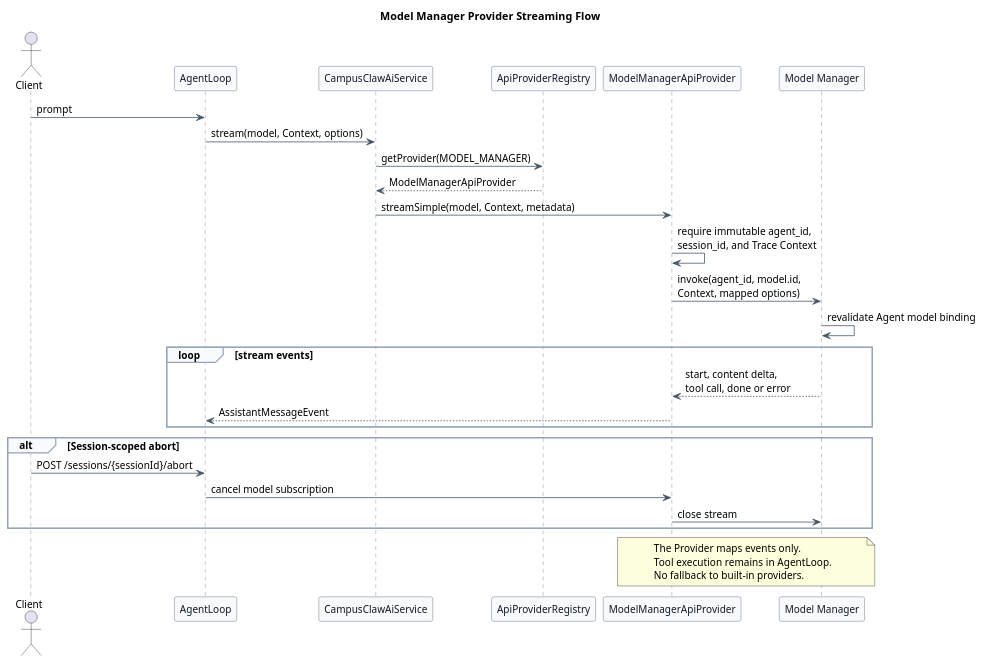
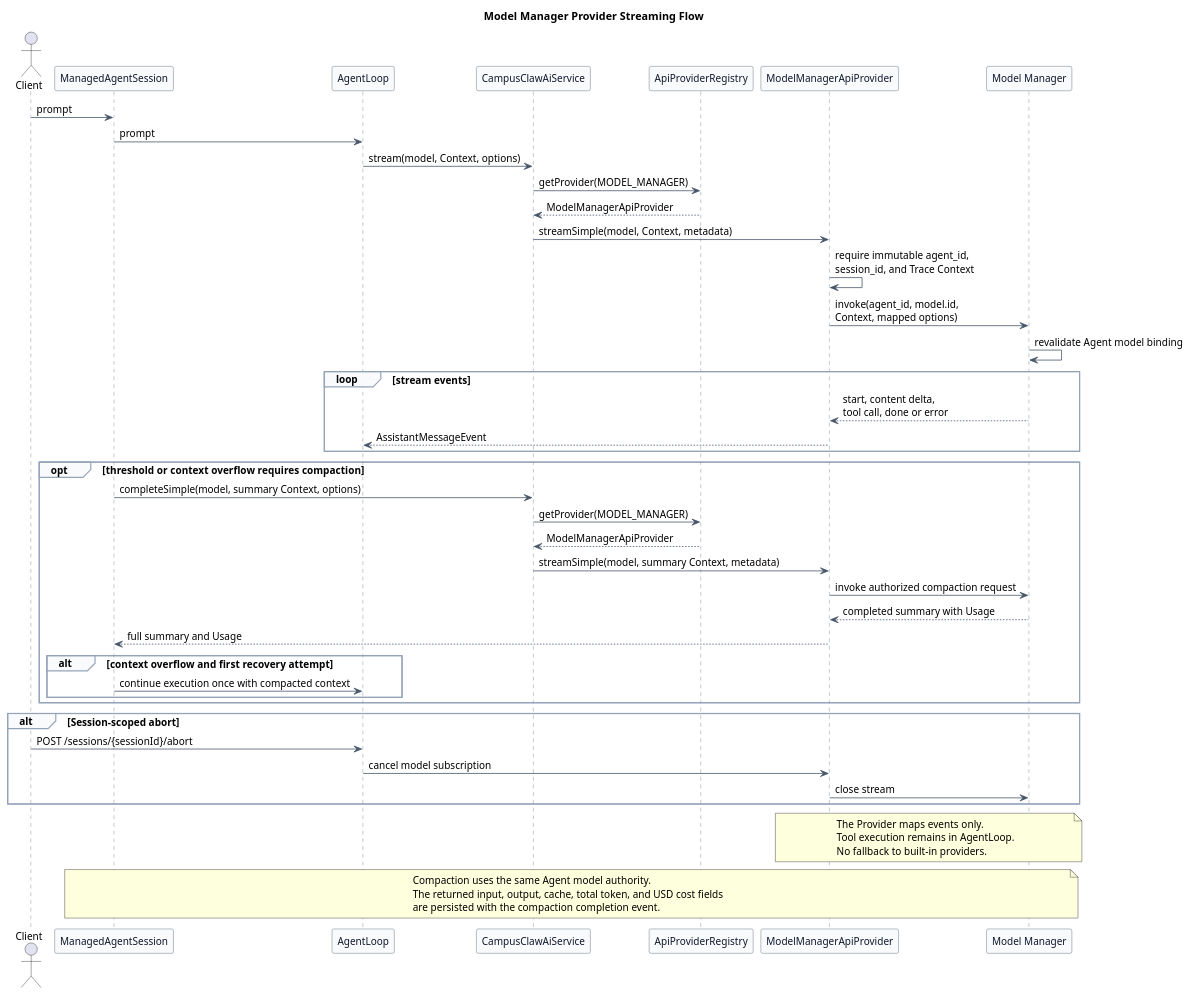
The diagram in pi-mono-java-manager-driven-multi-agent-runtime/diagrams/model-manager/diagram.puml (ssm0808/pi-mono-java-design), drawn with PlantUML before and after one commit. The commit also changed 36 other files, not shown here.

```diff
--- a/pi-mono-java-manager-driven-multi-agent-runtime/diagrams/model-manager/diagram.puml
+++ b/pi-mono-java-manager-driven-multi-agent-runtime/diagrams/model-manager/diagram.puml
@@ -1,63 +1,87 @@
 @startuml model_manager_streaming_flow
 title Model Manager Provider Streaming Flow
 
-' Source evidence:
-' pi-mono packages/ai/src/types.ts: Model, Context, AssistantMessageEvent
-' pi-mono-java modules/ai/src/main/java/com/campusclaw/ai/provider/ApiProvider.java: ApiProvider
-' pi-mono-java modules/ai/src/main/java/com/campusclaw/ai/provider/ApiProviderRegistry.java: ApiProviderRegistry
-' pi-mono-java modules/ai/src/main/java/com/campusclaw/ai/types/SimpleStreamOptions.java: metadata
-' pi-mono-java modules/ai/src/main/java/com/campusclaw/ai/stream/AssistantMessageEvent.java: event records
+' Source evidence (pi-mono 5cd93f688aaab89dbb6dfa4aca535f21796ae185):
+' packages/ai/src/types.ts, Model, Context, AssistantMessageEvent, and Usage.
+' packages/coding-agent/src/core/agent-session.ts, auto compaction and overflow recovery.
+' Source evidence (pi-mono-java PR 167 f60cc3e78bb8b700527ac082c7c8e10524ede095):
+' modules/ai/src/main/java/com/campusclaw/ai/provider/ApiProvider.java, ApiProvider.
+' modules/ai/src/main/java/com/campusclaw/ai/provider/ApiProviderRegistry.java, ApiProviderRegistry.
+' modules/ai/src/main/java/com/campusclaw/ai/types/SimpleStreamOptions.java, metadata.
+' modules/ai/src/main/java/com/campusclaw/ai/stream/AssistantMessageEvent.java, event records.
 ' Observed behavior: Java dispatches by Model.api to a Spring-discovered ApiProvider.
 ' Architecture change: one MODEL_MANAGER Api routes every managed model through Model Manager.
 ' Design reason: model_id selects the model while agent_id authorizes it for the current Agent.
+' Architecture change: ManagedAgentSession owns compaction calls and preserves their returned Usage.
 
 skinparam backgroundColor #FFFFFF
 skinparam shadowing false
 skinparam defaultFontName Arial
 skinparam defaultFontSize 13
 skinparam participant {
   BackgroundColor #F8FAFC
   BorderColor #475569
   FontColor #0F172A
 }
 skinparam ArrowColor #475569
 skinparam sequence {
   LifeLineBorderColor #64748B
   LifeLineBackgroundColor #F8FAFC
   GroupBorderColor #94A3B8
   GroupBackgroundColor #F8FAFC
 }
 
 actor Client
+participant "ManagedAgentSession" as Session
 participant "AgentLoop" as Loop
 participant "CampusClawAiService" as AiService
 participant "ApiProviderRegistry" as Registry
 participant "ModelManagerApiProvider" as Provider
 participant "Model Manager" as ModelManager
 
-Client -> Loop : prompt
+Client -> Session : prompt
+Session -> Loop : prompt
 Loop -> AiService : stream(model, Context, options)
 AiService -> Registry : getProvider(MODEL_MANAGER)
 Registry --> AiService : ModelManagerApiProvider
 AiService -> Provider : streamSimple(model, Context, metadata)
 Provider -> Provider : require immutable agent_id,\nsession_id, and Trace Context
 Provider -> ModelManager : invoke(agent_id, model.id,\nContext, mapped options)
 ModelManager -> ModelManager : revalidate Agent model binding
 
 loop stream events
   ModelManager --> Provider : start, content delta,\ntool call, done or error
   Provider --> Loop : AssistantMessageEvent
 end
 
+opt threshold or context overflow requires compaction
+  Session -> AiService : completeSimple(model, summary Context, options)
+  AiService -> Registry : getProvider(MODEL_MANAGER)
+  Registry --> AiService : ModelManagerApiProvider
+  AiService -> Provider : streamSimple(model, summary Context, metadata)
+  Provider -> ModelManager : invoke authorized compaction request
+  ModelManager --> Provider : completed summary with Usage
+  Provider --> Session : full summary and Usage
+  alt context overflow and first recovery attempt
+    Session -> Loop : continue execution once with compacted context
+  end
+end
+
 alt Session-scoped abort
   Client -> Loop : POST /sessions/{sessionId}/abort
   Loop -> Provider : cancel model subscription
   Provider -> ModelManager : close stream
 end
 
 note over Provider,ModelManager
 The Provider maps events only.
 Tool execution remains in AgentLoop.
 No fallback to built-in providers.
 end note
+
+note over Session,ModelManager
+Compaction uses the same Agent model authority.
+The returned input, output, cache, total token, and USD cost fields
+are persisted with the compaction completion event.
+end note
 @enduml
```
